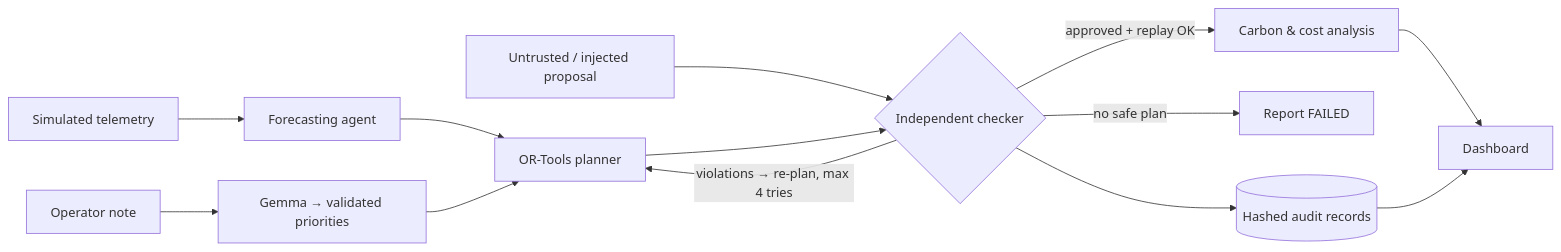
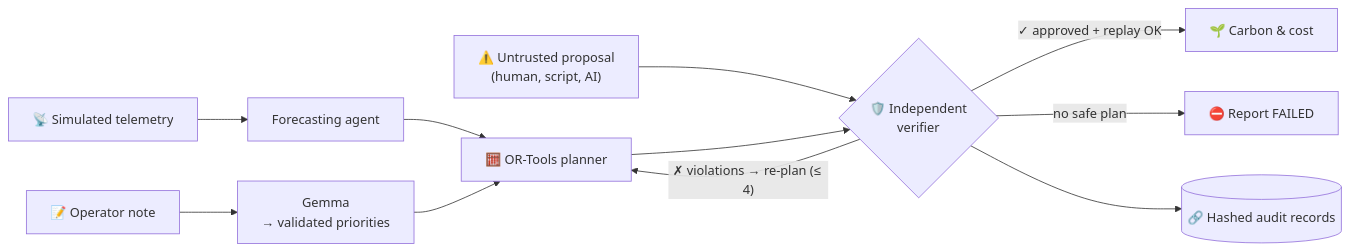
Before and after one commit to souzataniya/Medical: the first of 2 diagrams in README.md, drawn with Mermaid. The commit also changed other lines of this file and 11 other files, not shown here.

````diff
--- a/README.md
+++ b/README.md
@@ -143,15 +86,13 @@
 ```mermaid
 flowchart LR
-  T[Simulated telemetry] --> F[Forecasting agent]
-  N[Operator note] --> G[Gemma → validated priorities]
-  F --> P[OR-Tools planner]
+  T["📡 Simulated telemetry"] --> F["Forecasting agent"]
+  N["📝 Operator note"] --> G["Gemma<br/>→ validated priorities"]
+  F --> P["🧮 OR-Tools planner"]
   G --> P
-  X[Untrusted / injected proposal] --> V{Independent checker}
+  X["⚠️ Untrusted proposal<br/>(human, script, AI)"] --> V{"🛡️ Independent<br/>verifier"}
   P --> V
-  V -->|violations → re-plan, max 4 tries| P
-  V -->|approved + replay OK| C[Carbon & cost analysis]
-  V -->|no safe plan| FAIL[Report FAILED]
-  V --> L[(Hashed audit records)]
-  C --> UI[Dashboard]
-  L --> UI
+  V -- "✗ violations → re-plan (≤ 4)" --> P
+  V -- "✓ approved + replay OK" --> C["🌱 Carbon & cost"]
+  V -- "no safe plan" --> FAIL["⛔ Report FAILED"]
+  V --> L[("🔗 Hashed audit records")]
 ```
````
